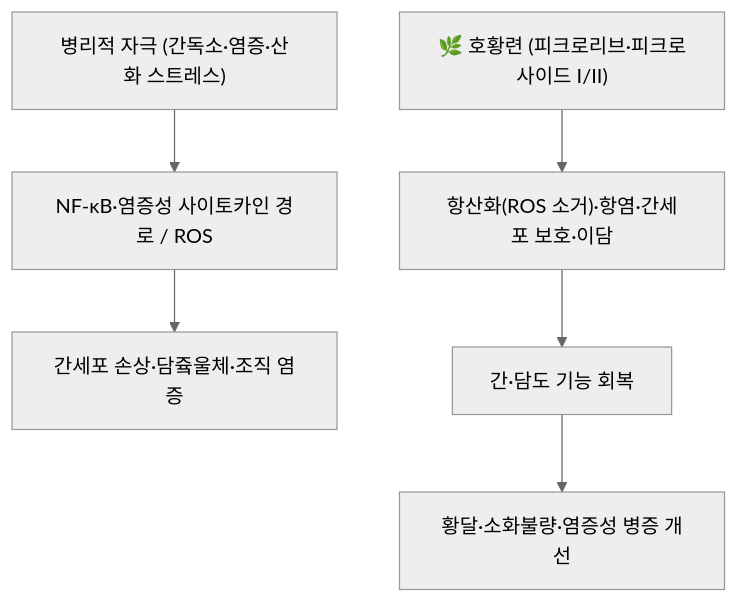
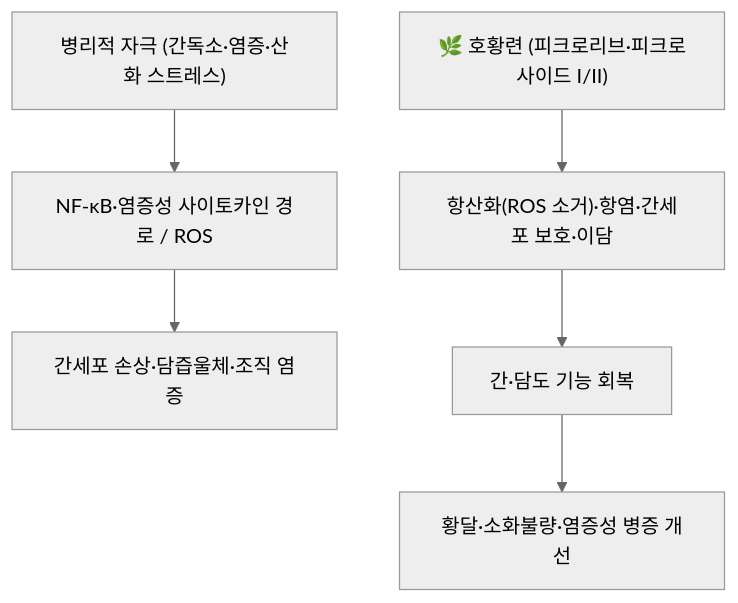
The diagram in content/2. 약리 공부/본초/02_청열약/호황련.md (simbio11/simbio-digital-garden2), drawn with Mermaid (neutral theme) before and after one commit. The commit also changed other lines of this file and 323 other files, not shown here.

````diff
--- a/content/2. 약리 공부/본초/02_청열약/호황련.md
+++ b/content/2. 약리 공부/본초/02_청열약/호황련.md
@@ -62,8 +61,8 @@
 ```mermaid
 graph TD
     Trigger["병리적 자극 (간독소·염증·산화 스트레스)"] --> Pathway["NF-κB·염증성 사이토카인 경로 / ROS"]
-    Pathway --> CellResp["간세포 손상·담즄울체·조직 염증"]
+    Pathway --> CellResp["간세포 손상·담즙울체·조직 염증"]
     Herb["🌿 호황련 (피크로리브·피크로사이드 I/II)"] --> Action["항산화(ROS 소거)·항염·간세포 보호·이담"]
     Action --> Restore["간·담도 기능 회복"]
     Restore --> Outcome["황달·소화불량·염증성 병증 개선"]
 ```
````
